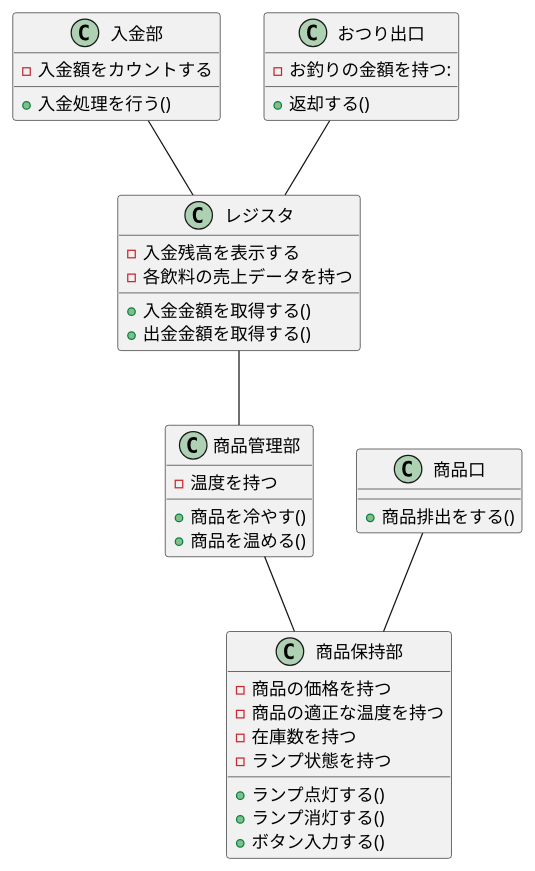
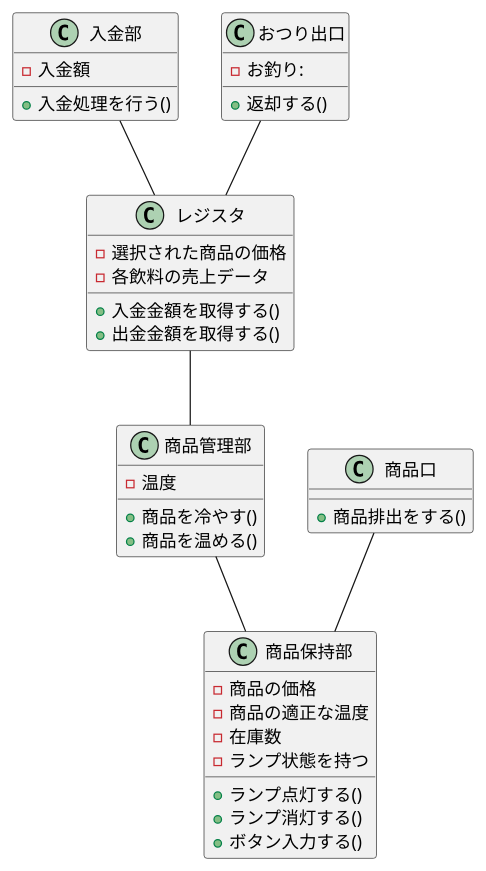
The diagram in kattsun17/Q03/class.pu (SLP-ETR-public/plantUML-recture), drawn with PlantUML before and after one commit. The commit also changed 1 other file, not shown here.

Commit message:
(kattsun:Q03) class図の属性を変更

```diff
--- a/kattsun17/Q03/class.pu
+++ b/kattsun17/Q03/class.pu
@@ -1,47 +1,47 @@
 @startuml
 
 
 class 入金部 {
-    - 入金額をカウントする
+    - 入金額
     + 入金処理を行う()
 }
 
 class レジスタ {
-    - 入金残高を表示する
-    - 各飲料の売上データを持つ
+    - 選択された商品の価格
+    - 各飲料の売上データ
     + 入金金額を取得する()
     + 出金金額を取得する()
 }
 
 class おつり出口 {
-    - お釣りの金額を持つ:
+    - お釣り:
     + 返却する()
 }
 
 class 商品管理部 {
-    - 温度を持つ
+    - 温度
     + 商品を冷やす()
     + 商品を温める()
 }
 
 class 商品保持部 {
-    - 商品の価格を持つ
-    - 商品の適正な温度を持つ
-    - 在庫数を持つ
+    - 商品の価格
+    - 商品の適正な温度
+    - 在庫数
     - ランプ状態を持つ
     + ランプ点灯する()
     + ランプ消灯する()
     + ボタン入力する()
 }
 
 class 商品口 {
     + 商品排出をする()
 } 
 
 商品管理部 -- 商品保持部
 商品口 -- 商品保持部
 おつり出口 -- レジスタ
 入金部 -- レジスタ
 レジスタ -- 商品管理部
 
 @enduml
```
